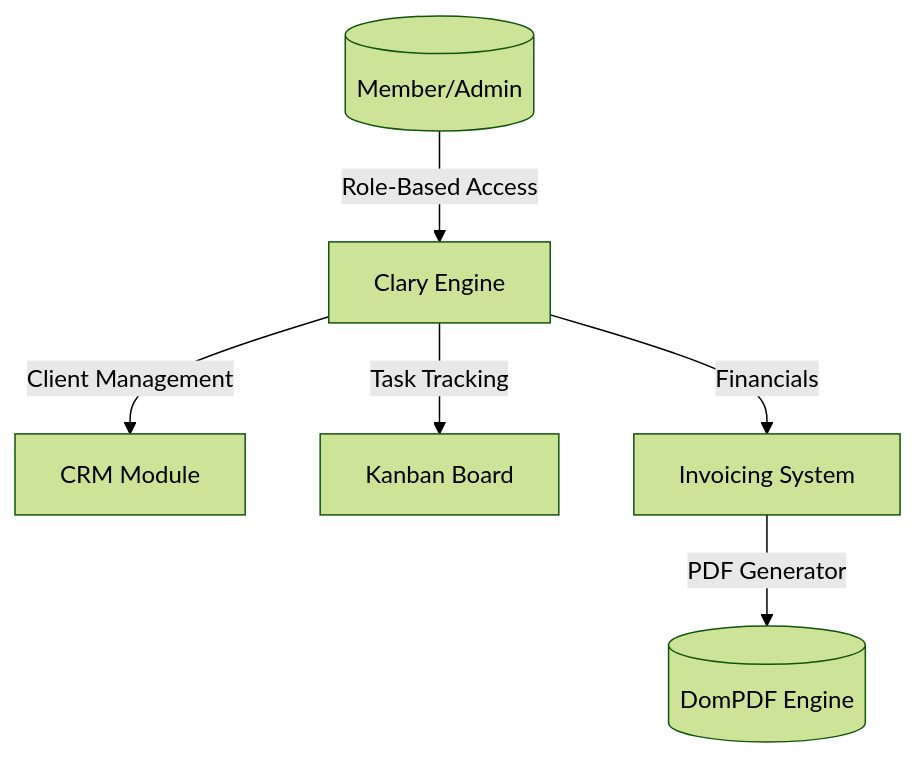
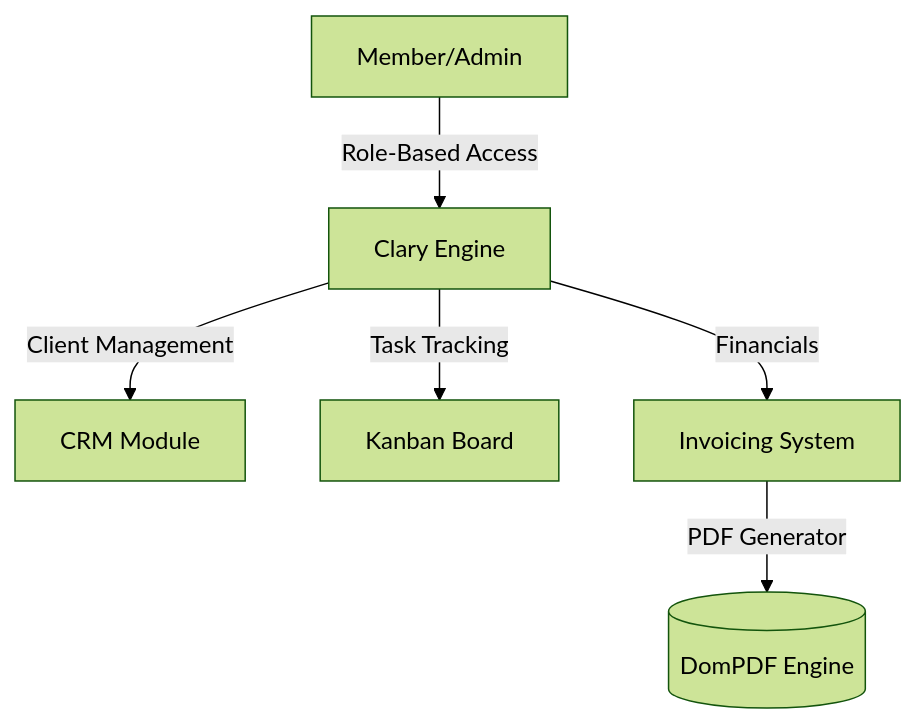
Before and after one commit to n9rrrx/clary: the diagram in README.md, drawn with Mermaid (forest theme).

````diff
--- a/README.md
+++ b/README.md
@@ -7,8 +7,8 @@
 ```mermaid
 graph TD
-    User[(Member/Admin)] -->|Role-Based Access| ClaryEngine[Clary Engine]
-    ClaryEngine -->|Client Management| CRMModule[CRM Module]
-    ClaryEngine -->|Task Tracking| KanbanBoard[Kanban Board]
-    ClaryEngine -->|Financials| InvoicingSystem[Invoicing System]
-    InvoicingSystem -->|PDF Generator| DomPDF[(DomPDF Engine)]
+    User["Member/Admin"] -->|Role-Based Access| ClaryEngine["Clary Engine"]
+    ClaryEngine -->|Client Management| CRMModule["CRM Module"]
+    ClaryEngine -->|Task Tracking| KanbanBoard["Kanban Board"]
+    ClaryEngine -->|Financials| InvoicingSystem["Invoicing System"]
+    InvoicingSystem -->|PDF Generator| DomPDF[("DomPDF Engine")]
 ```
````
